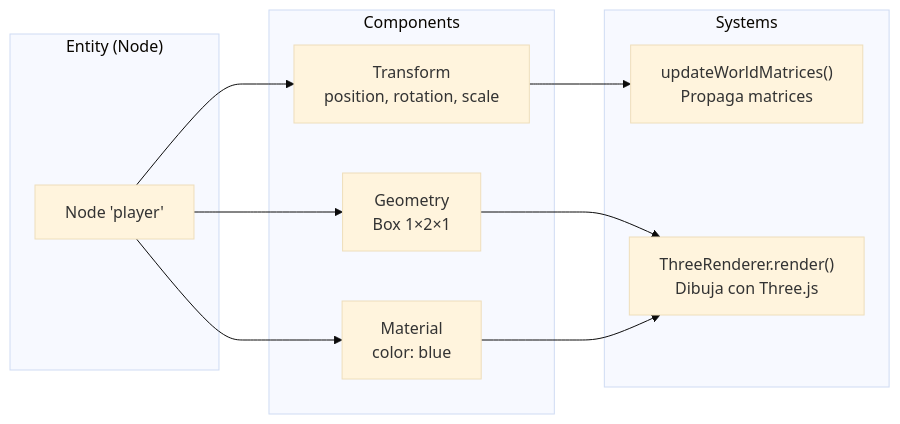
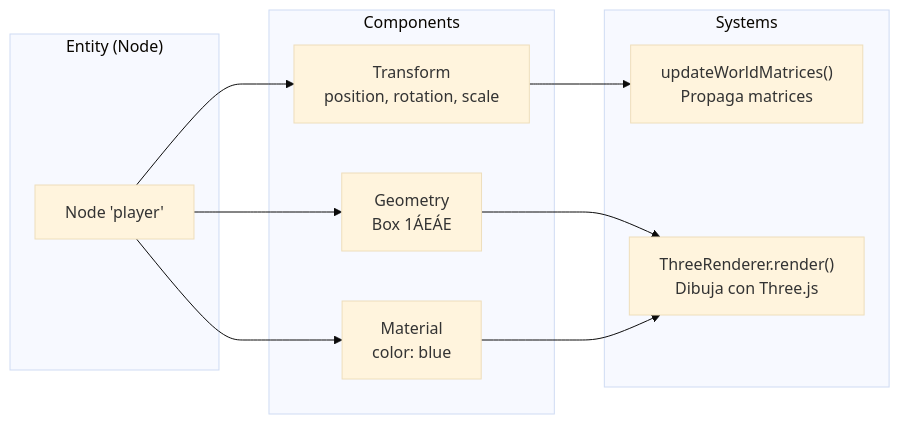
The fifth of 5 diagrams in apps/web/src/content/docs/architecture.md (joshuacba08/oroya-animate), drawn with Mermaid (base theme) before and after one commit. The commit also changed other lines of this file and 113 other files, not shown here.

````diff
--- a/apps/web/src/content/docs/architecture.md
+++ b/apps/web/src/content/docs/architecture.md
@@ -190,24 +190,24 @@
 ```mermaid
 graph LR
     subgraph "Entity (Node)"
         N["Node 'player'"]
     end
 
     subgraph "Components"
         T["Transform\nposition, rotation, scale"]
-        G["Geometry\nBox 1×2×1"]
+        G["Geometry\nBox 1ÁEÁE"]
         M["Material\ncolor: blue"]
     end
 
     subgraph "Systems"
         S1["updateWorldMatrices()\nPropaga matrices"]
         S2["ThreeRenderer.render()\nDibuja con Three.js"]
     end
 
     N --> T
     N --> G
     N --> M
     T --> S1
     G --> S2
     M --> S2
 ```
````
